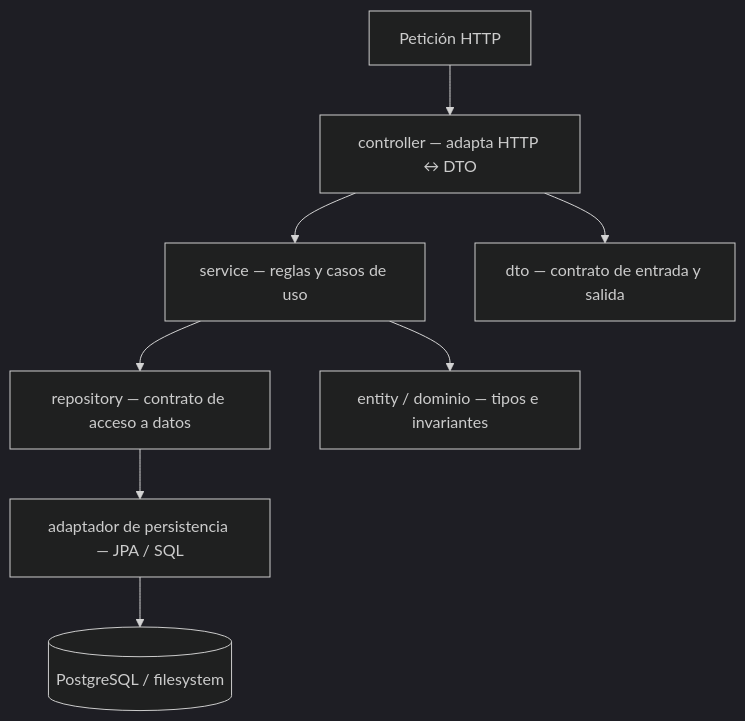
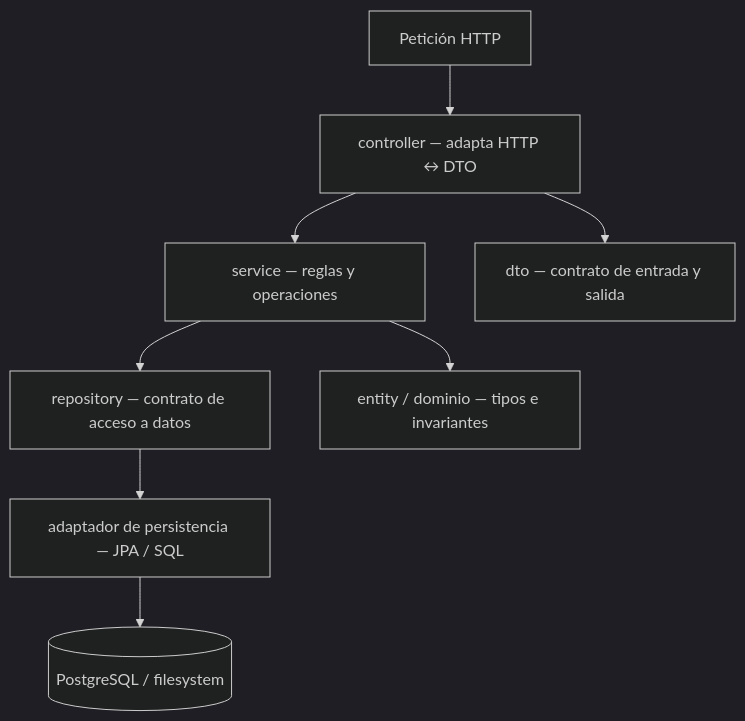
The first of 4 diagrams in docs/concepts/01-estructura-y-arquitectura-del-repositorio.md (devmauriciopineda/careme), drawn with Mermaid (dark theme) before and after one commit. The commit also changed other lines of this file and 68 other files, not shown here.

````diff
--- a/docs/concepts/01-estructura-y-arquitectura-del-repositorio.md
+++ b/docs/concepts/01-estructura-y-arquitectura-del-repositorio.md
@@ -70,10 +140,10 @@
 ```mermaid
 flowchart TB
     http["Petición HTTP"] --> ctrl["controller — adapta HTTP ↔ DTO"]
-    ctrl --> svc["service — reglas y casos de uso"]
+    ctrl --> svc["service — reglas y operaciones"]
     svc --> repo["repository — contrato de acceso a datos"]
     repo --> dao["adaptador de persistencia — JPA / SQL"]
     dao --> db[("PostgreSQL / filesystem")]
     ctrl --> dto["dto — contrato de entrada y salida"]
     svc --> dom["entity / dominio — tipos e invariantes"]
 ```
````
